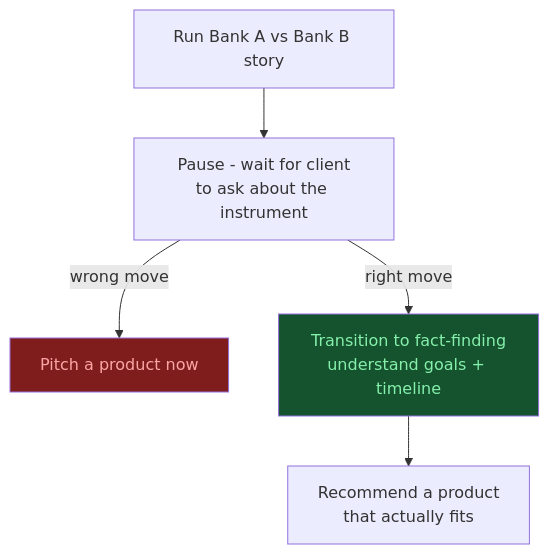
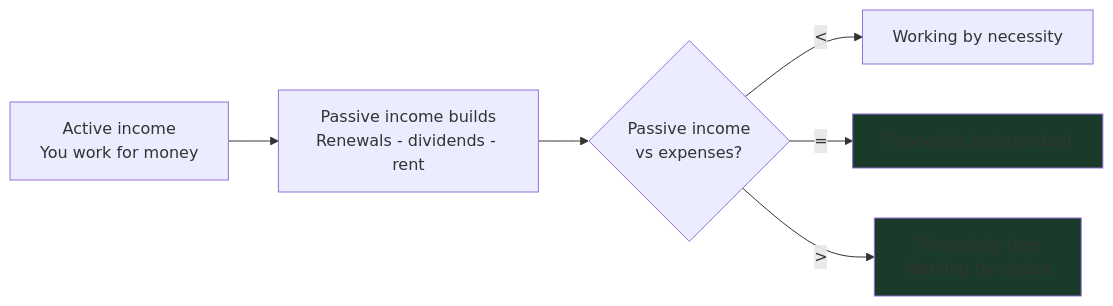
The diagram in docs/first-60-days/week-3/day-14.md (leotansingapore/aia-product-compass-hub), drawn with Mermaid before and after one commit. The commit also changed other lines of this file and 16 other files, not shown here.

````diff
--- a/docs/first-60-days/week-3/day-14.md
+++ b/docs/first-60-days/week-3/day-14.md
@@ -96,13 +50,10 @@
 ```mermaid
-flowchart TD
-    Story["Run Bank A vs Bank B story"]
-    Wait["Pause - wait for client<br/>to ask about the instrument"]
-    WrongPath["Pitch a product now"]
-    RightPath["Transition to fact-finding<br/>understand goals + timeline"]
-    Recommend["Recommend a product<br/>that actually fits"]
-    Story --> Wait
-    Wait -->|"wrong move"| WrongPath
-    Wait -->|"right move"| RightPath --> Recommend
-    style WrongPath fill:#7f1d1d,color:#fca5a5
-    style RightPath fill:#14532d,color:#86efac
+flowchart LR
+    A["Active income<br/>You work for money"] --> B["Passive income builds<br/>Renewals - dividends - rent"]
+    B --> C{"Passive income<br/>vs expenses?"}
+    C -->|"<"| D["Working by necessity"]
+    C -->|"="| E["Financially independent"]
+    C -->|">"| F["Financially free<br/>Working by choice"]
+    style E fill:#1a3a2a
+    style F fill:#1a3a2a
 ```
````
